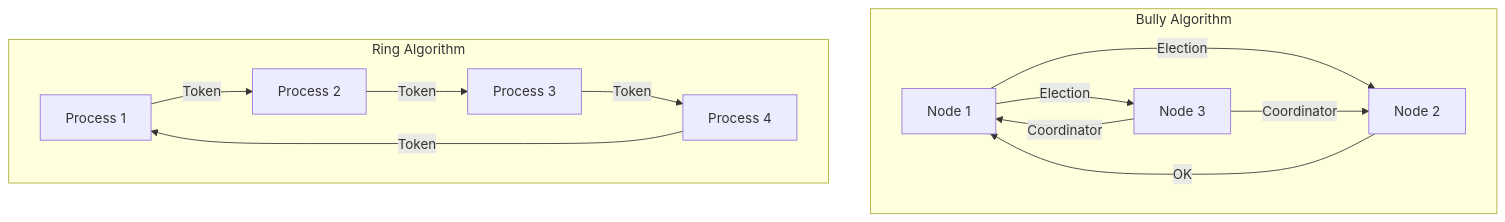
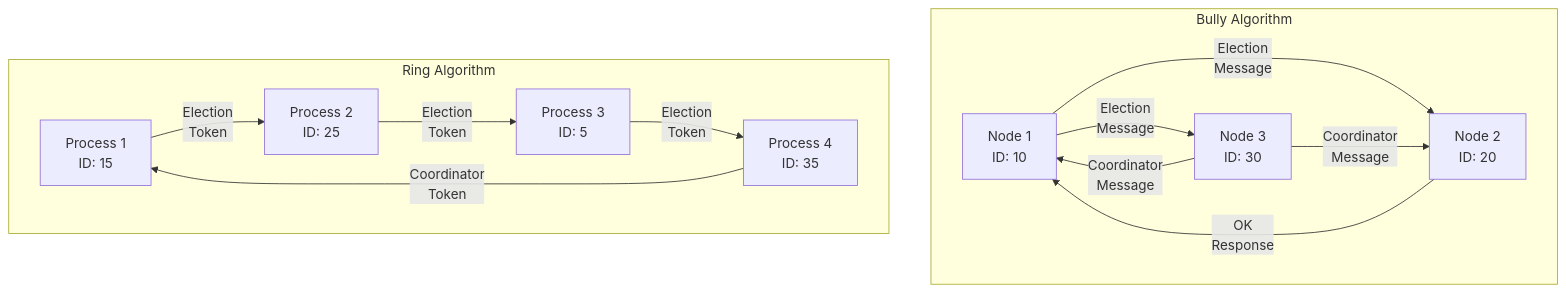
One commit to Asim-Shah-2004/Distributed_Computing changed the eighth of 8 diagrams in README.md. Above: the diagram before and after it, drawn with Mermaid. The commit also changed other lines of this file, not shown here.

````diff
--- a/README.md
+++ b/README.md
@@ -101,17 +297,17 @@
 ```mermaid
 graph TD
     subgraph "Bully Algorithm"
-    N1[Node 1] -->|Election| N2[Node 2]
-    N1 -->|Election| N3[Node 3]
-    N2 -->|OK| N1
-    N3 -->|Coordinator| N1
-    N3 -->|Coordinator| N2
+    N1[Node 1<br>ID: 10] -->|"Election<br>Message"| N2[Node 2<br>ID: 20]
+    N1 -->|"Election<br>Message"| N3[Node 3<br>ID: 30]
+    N2 -->|"OK<br>Response"| N1
+    N3 -->|"Coordinator<br>Message"| N1
+    N3 -->|"Coordinator<br>Message"| N2
     end
     
     subgraph "Ring Algorithm"
-    P1[Process 1] -->|Token| P2[Process 2]
-    P2 -->|Token| P3[Process 3] 
-    P3 -->|Token| P4[Process 4]
-    P4 -->|Token| P1
+    P1[Process 1<br>ID: 15] -->|"Election<br>Token"| P2[Process 2<br>ID: 25]
+    P2 -->|"Election<br>Token"| P3[Process 3<br>ID: 5] 
+    P3 -->|"Election<br>Token"| P4[Process 4<br>ID: 35]
+    P4 -->|"Coordinator<br>Token"| P1
     end
 ```
````
